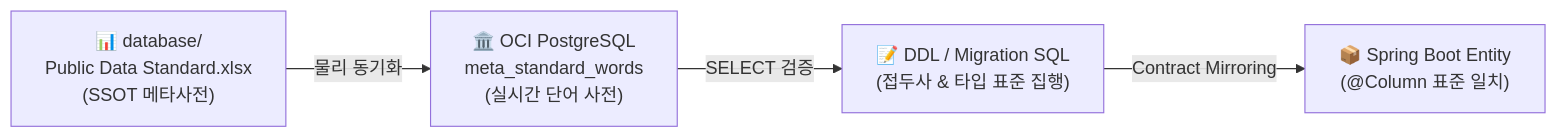
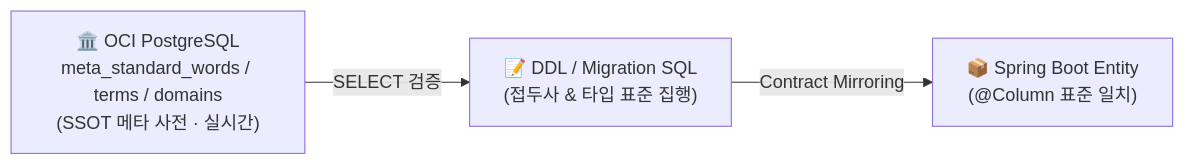
One commit to lkindo/egov-enterprise changed the diagram in docs/03-guides/db-standardization-manual.md. Above: the diagram before and after it, drawn with Mermaid. The commit also changed other lines of this file and 17 other files, not shown here.

````diff
--- a/docs/03-guides/db-standardization-manual.md
+++ b/docs/03-guides/db-standardization-manual.md
@@ -11,11 +11,9 @@
 ```mermaid
 graph LR
-    excel["📊 database/<br>Public Data Standard.xlsx<br>(SSOT 메타사전)"]
-    meta["🏛️ OCI PostgreSQL<br>meta_standard_words<br>(실시간 단어 사전)"]
+    meta["🏛️ OCI PostgreSQL<br>meta_standard_words / terms / domains<br>(SSOT 메타 사전 · 실시간)"]
     sql["📝 DDL / Migration SQL<br>(접두사 & 타입 표준 집행)"]
     be["📦 Spring Boot Entity<br>(@Column 표준 일치)"]
 
-    excel -->|물리 동기화| meta
     meta -->|SELECT 검증| sql
     sql -->|Contract Mirroring| be
 ```
````
